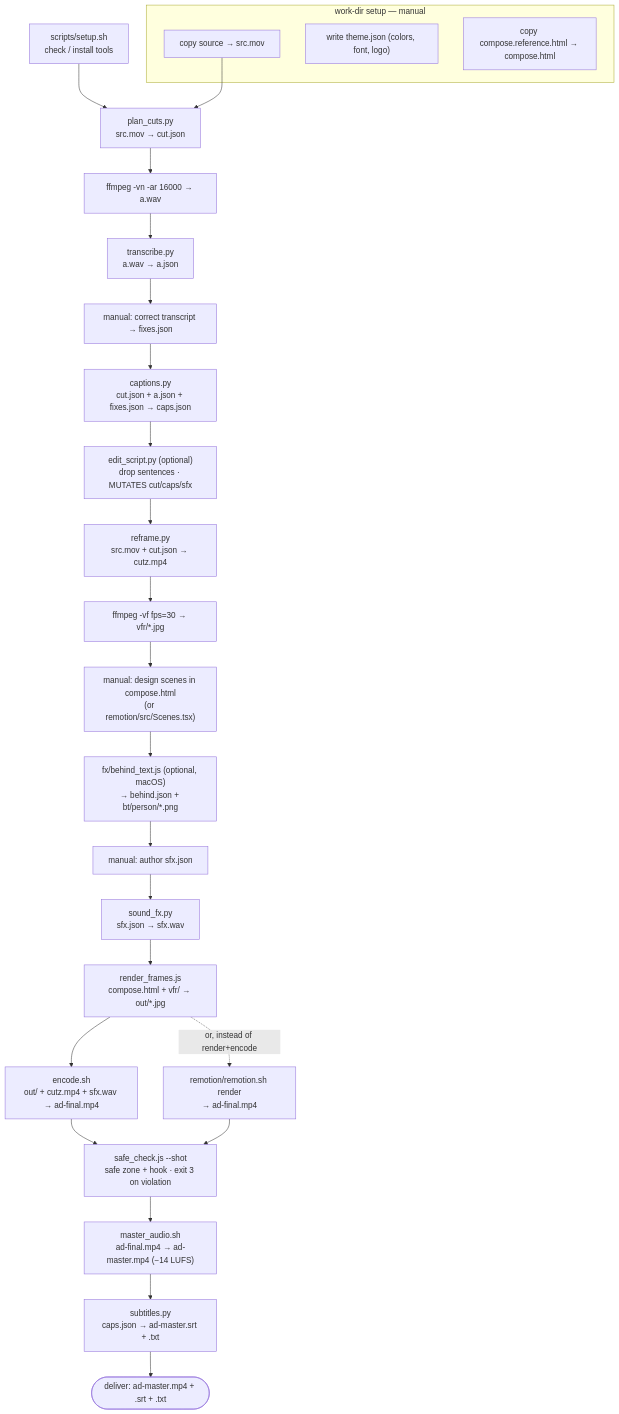
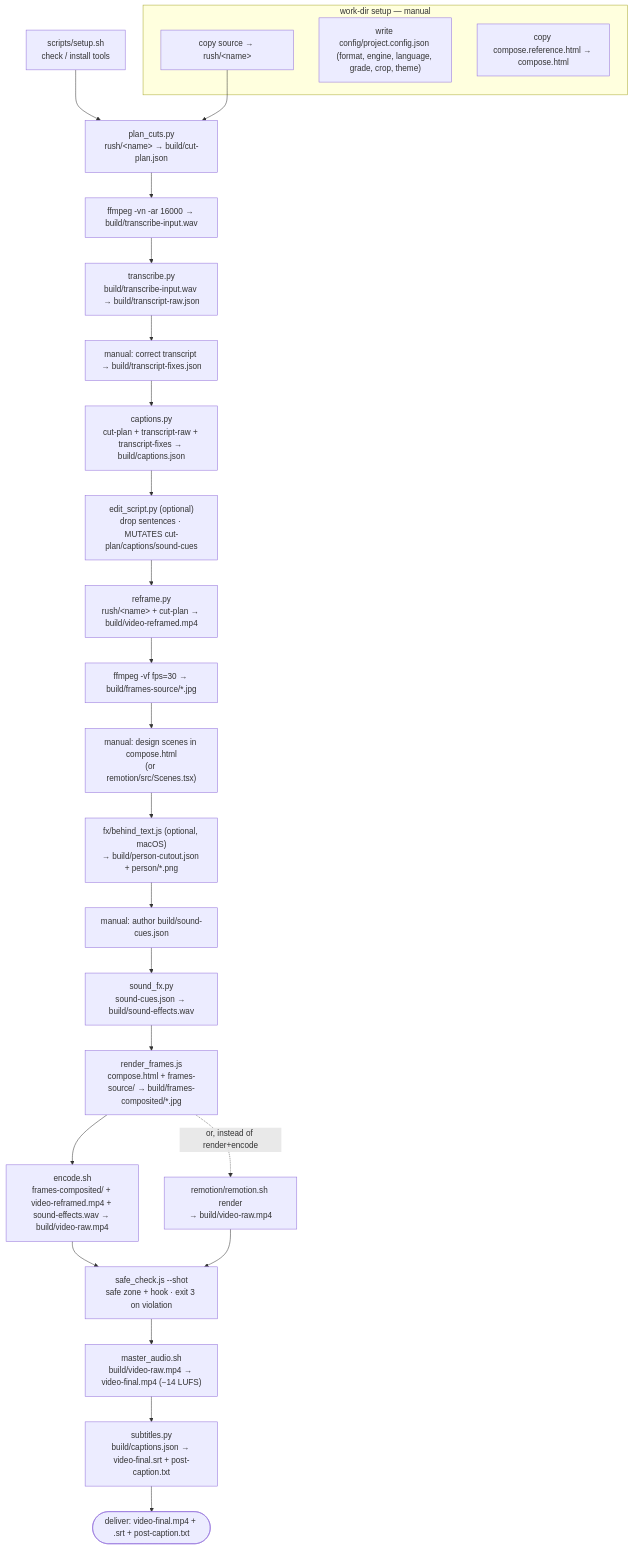
One commit to hatimmrabet/video-editor changed the first of 2 diagrams in docs/pipeline.md. Above: the diagram before and after it, drawn with Mermaid. The commit also changed other lines of this file and 52 other files, not shown here.

````diff
--- a/docs/pipeline.md
+++ b/docs/pipeline.md
@@ -17,34 +18,34 @@
 ```mermaid
 flowchart TD
     setup["scripts/setup.sh<br/>check / install tools"] --> plan
 
     subgraph inp [work-dir setup — manual]
-      A1["copy source → src.mov"]
-      A2["write theme.json (colors, font, logo)"]
+      A1["copy source → rush/&lt;name&gt;"]
+      A2["write config/project.config.json (format, engine, language, grade, crop, theme)"]
       A3["copy compose.reference.html → compose.html"]
     end
     A1 --> plan
 
-    plan["plan_cuts.py<br/>src.mov → cut.json"] --> wav
-    wav["ffmpeg -vn -ar 16000 → a.wav"] --> tr
-    tr["transcribe.py<br/>a.wav → a.json"] --> fix
-    fix["manual: correct transcript → fixes.json"] --> caps
-    caps["captions.py<br/>cut.json + a.json + fixes.json → caps.json"] --> edit
-    edit["edit_script.py (optional)<br/>drop sentences · MUTATES cut/caps/sfx"] --> reframe
-    reframe["reframe.py<br/>src.mov + cut.json → cutz.mp4"] --> frames
-    frames["ffmpeg -vf fps=30 → vfr/*.jpg"] --> design
+    plan["plan_cuts.py<br/>rush/&lt;name&gt; → build/cut-plan.json"] --> wav
+    wav["ffmpeg -vn -ar 16000 → build/transcribe-input.wav"] --> tr
+    tr["transcribe.py<br/>build/transcribe-input.wav → build/transcript-raw.json"] --> fix
+    fix["manual: correct transcript → build/transcript-fixes.json"] --> caps
+    caps["captions.py<br/>cut-plan + transcript-raw + transcript-fixes → build/captions.json"] --> edit
+    edit["edit_script.py (optional)<br/>drop sentences · MUTATES cut-plan/captions/sound-cues"] --> reframe
+    reframe["reframe.py<br/>rush/&lt;name&gt; + cut-plan → build/video-reframed.mp4"] --> frames
+    frames["ffmpeg -vf fps=30 → build/frames-source/*.jpg"] --> design
     design["manual: design scenes in compose.html<br/>(or remotion/src/Scenes.tsx)"] --> fxstep
-    fxstep["fx/behind_text.js (optional, macOS)<br/>→ behind.json + bt/person/*.png"] --> sfxjson
-    sfxjson["manual: author sfx.json"] --> sfx
-    sfx["sound_fx.py<br/>sfx.json → sfx.wav"] --> render
+    fxstep["fx/behind_text.js (optional, macOS)<br/>→ build/person-cutout.json + person/*.png"] --> sfxjson
+    sfxjson["manual: author build/sound-cues.json"] --> sfx
+    sfx["sound_fx.py<br/>sound-cues.json → build/sound-effects.wav"] --> render
 
-    render["render_frames.js<br/>compose.html + vfr/ → out/*.jpg"] --> encode
-    encode["encode.sh<br/>out/ + cutz.mp4 + sfx.wav → ad-final.mp4"] --> safe
+    render["render_frames.js<br/>compose.html + frames-source/ → build/frames-composited/*.jpg"] --> encode
+    encode["encode.sh<br/>frames-composited/ + video-reframed.mp4 + sound-effects.wav → build/video-raw.mp4"] --> safe
     render -.->|"or, instead of render+encode"| remotion
-    remotion["remotion/remotion.sh render<br/>→ ad-final.mp4"] --> safe
+    remotion["remotion/remotion.sh render<br/>→ build/video-raw.mp4"] --> safe
 
     safe["safe_check.js --shot<br/>safe zone + hook · exit 3 on violation"] --> master
-    master["master_audio.sh<br/>ad-final.mp4 → ad-master.mp4 (−14 LUFS)"] --> subs
-    subs["subtitles.py<br/>caps.json → ad-master.srt + .txt"] --> deliver
-    deliver(["deliver: ad-master.mp4 + .srt + .txt"])
+    master["master_audio.sh<br/>build/video-raw.mp4 → video-final.mp4 (−14 LUFS)"] --> subs
+    subs["subtitles.py<br/>build/captions.json → video-final.srt + post-caption.txt"] --> deliver
+    deliver(["deliver: video-final.mp4 + .srt + post-caption.txt"])
 ```
````
